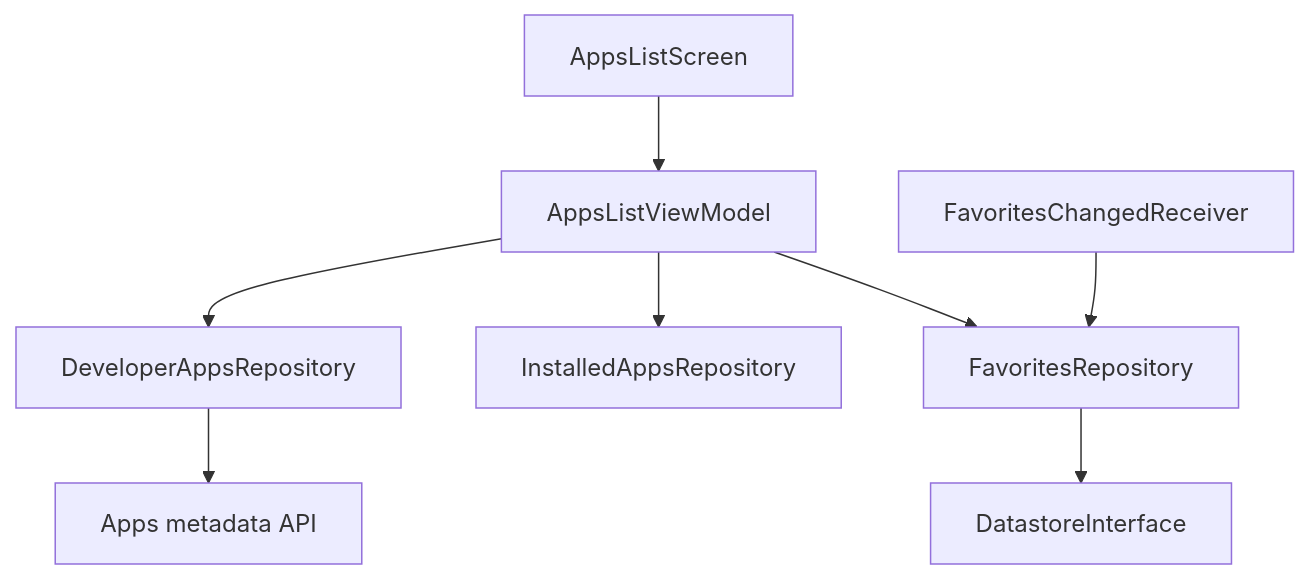
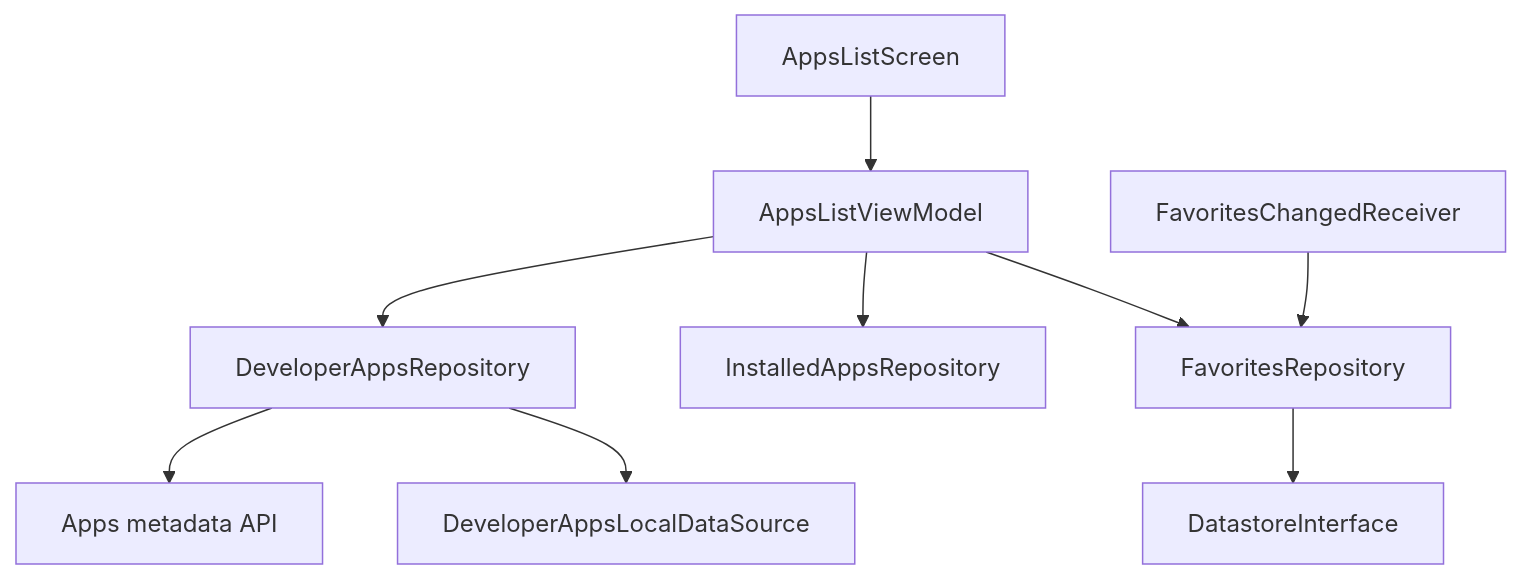
One commit to MihaiCristianCondrea/App-Toolkit-for-Android changed the diagram in sample/feature/apps/README.md. Above: the diagram before and after it, drawn with Mermaid. The commit also changed other lines of this file and 15 other files, not shown here.

````diff
--- a/sample/feature/apps/README.md
+++ b/sample/feature/apps/README.md
@@ -31,10 +33,11 @@
 ```mermaid
 flowchart TD
     Screen[AppsListScreen] --> VM[AppsListViewModel]
     VM --> Developer[DeveloperAppsRepository]
     VM --> Installed[InstalledAppsRepository]
     VM --> Favorites[FavoritesRepository]
     Developer --> Api[Apps metadata API]
+    Developer --> CatalogueCache[DeveloperAppsLocalDataSource]
     Favorites --> Store[DatastoreInterface]
     Receiver[FavoritesChangedReceiver] --> Favorites
 ```
````
